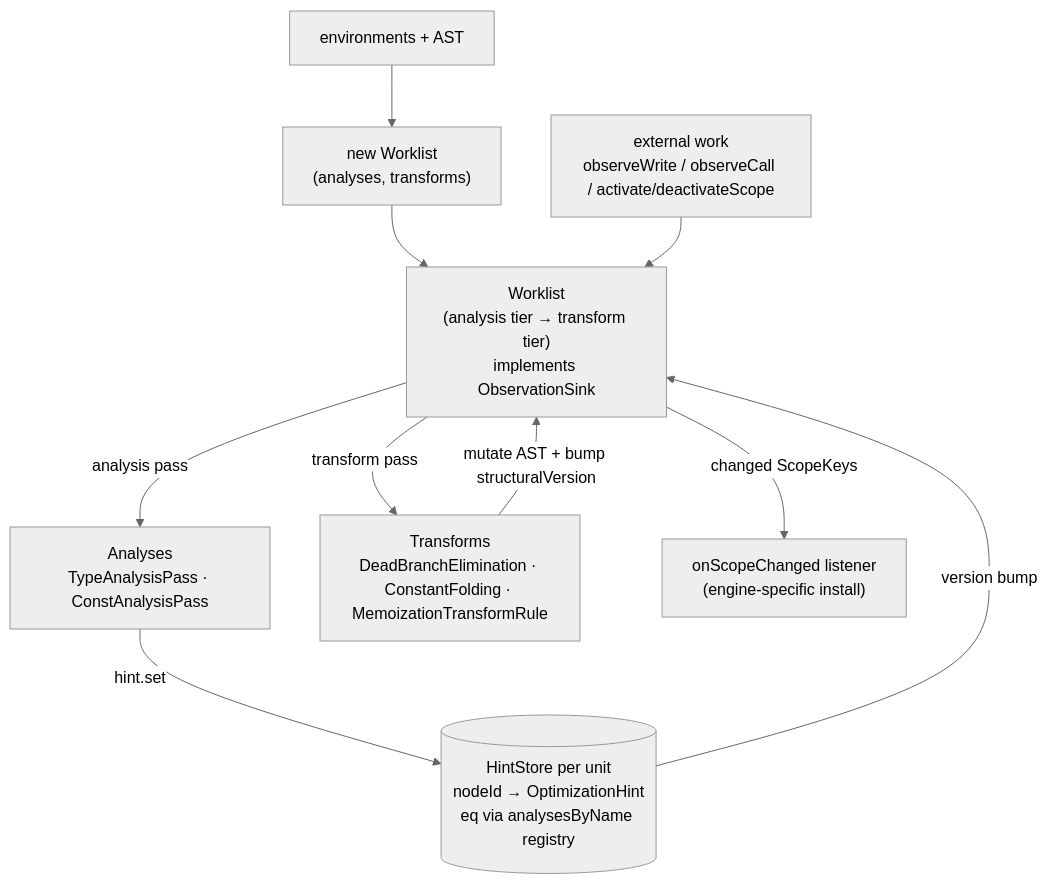
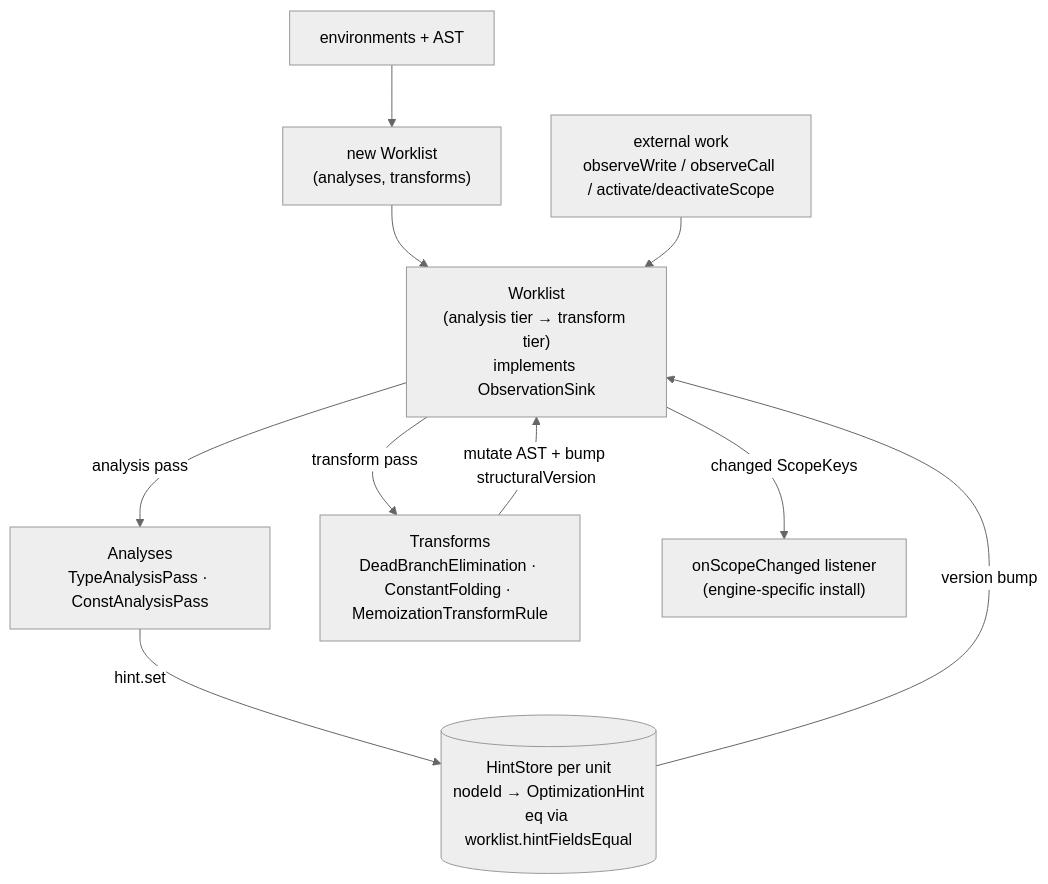
The third of 6 diagrams in docs/compilation-flow.md (loyaltypollution/py-slang), drawn with Mermaid (neutral theme) before and after one commit. The commit also changed other lines of this file and 3 other files, not shown here.

````diff
--- a/docs/compilation-flow.md
+++ b/docs/compilation-flow.md
@@ -168,19 +169,19 @@
 ```mermaid
 flowchart TB
     RESOLVE["environments + AST"]
     BUILD["new Worklist<br/>(analyses, transforms)"]
     PW["Worklist<br/>(analysis tier → transform tier)<br/>implements ObservationSink"]
     ANA["Analyses<br/>TypeAnalysisPass · ConstAnalysisPass"]
     XF["Transforms<br/>DeadBranchElimination · ConstantFolding · MemoizationTransformRule"]
-    HS[("HintStore per unit<br/>nodeId → OptimizationHint<br/>eq via analysesByName registry")]
+    HS[("HintStore per unit<br/>nodeId → OptimizationHint<br/>eq via worklist.hintFieldsEqual")]
     PATCH["onScopeChanged listener<br/>(engine-specific install)"]
 
     RESOLVE --> BUILD --> PW
     PW -->|analysis pass| ANA -->|hint.set| HS
     PW -->|transform pass| XF -->|mutate AST + bump structuralVersion| PW
     HS -->|version bump| PW
     PW -->|changed ScopeKeys| PATCH
 
     EXT["external work<br/>observeWrite / observeCall / activate/deactivateScope"]
     EXT --> PW
 ```
````
